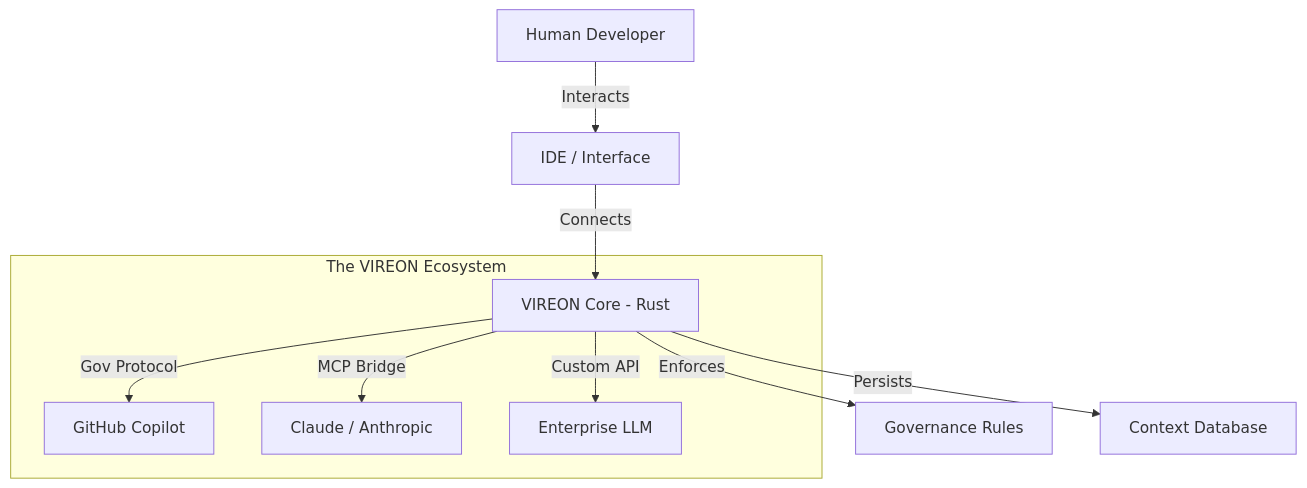
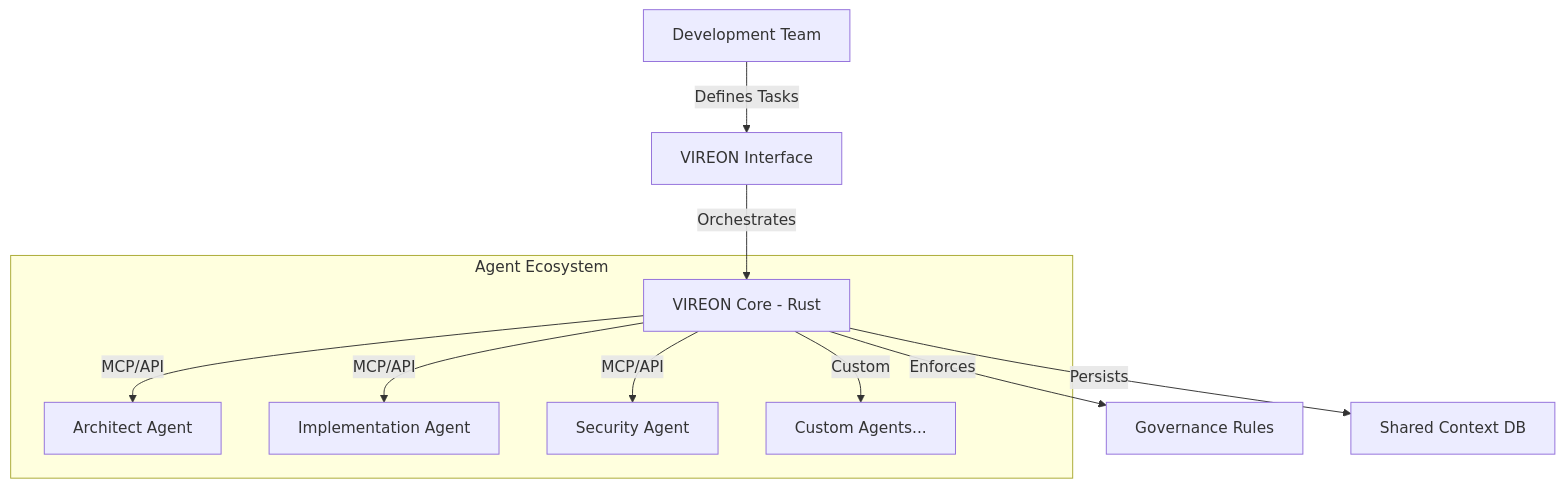
The diagram in README.md (symbeon-labs/vireon), drawn with Mermaid before and after one commit. The commit also changed other lines of this file, not shown here.

````diff
--- a/README.md
+++ b/README.md
@@ -60,14 +64,15 @@
 ```mermaid
 graph TD
-    User[Human Developer] -->|Interacts| IDE[IDE / Interface]
-    IDE -->|Connects| V_Core[VIREON Core - Rust]
+    Team[Development Team] -->|Defines Tasks| Interface[VIREON Interface]
+    Interface -->|Orchestrates| Core[VIREON Core - Rust]
     
-    subgraph "The VIREON Ecosystem"
-        V_Core -->|Gov Protocol| Agent1[GitHub Copilot]
-        V_Core -->|MCP Bridge| Agent2[Claude / Anthropic]
-        V_Core -->|Custom API| Agent3[Enterprise LLM]
+    subgraph "Agent Ecosystem"
+        Core -->|MCP/API| Agent1[Architect Agent]
+        Core -->|MCP/API| Agent2[Implementation Agent]
+        Core -->|MCP/API| Agent3[Security Agent]
+        Core -->|Custom| AgentN[Custom Agents...]
     end
     
-    V_Core -->|Enforces| Rules[Governance Rules]
-    V_Core -->|Persists| Memory[Context Database]
+    Core -->|Enforces| Rules[Governance Rules]
+    Core -->|Persists| Memory[Shared Context DB]
 ```
````
